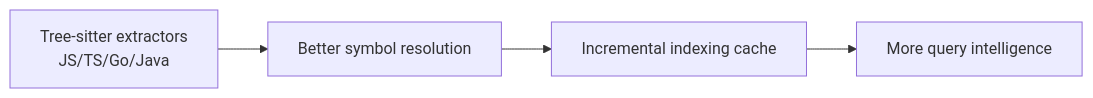
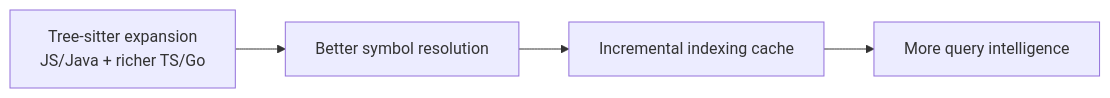
Before and after one commit to anismabaziz/saurix: the eighth of 8 diagrams in README.md, drawn with Mermaid. The commit also changed other lines of this file and 4 other files, not shown here.

Commit message:
Update ts and go parsers to use tree-sitter

````diff
--- a/README.md
+++ b/README.md
@@ -235,6 +241,6 @@
 ```mermaid
 flowchart LR
-    A[Tree-sitter extractors\nJS/TS/Go/Java] --> B[Better symbol resolution]
+    A[Tree-sitter expansion\nJS/Java + richer TS/Go] --> B[Better symbol resolution]
     B --> C[Incremental indexing cache]
     C --> D[More query intelligence]
 ```
````
